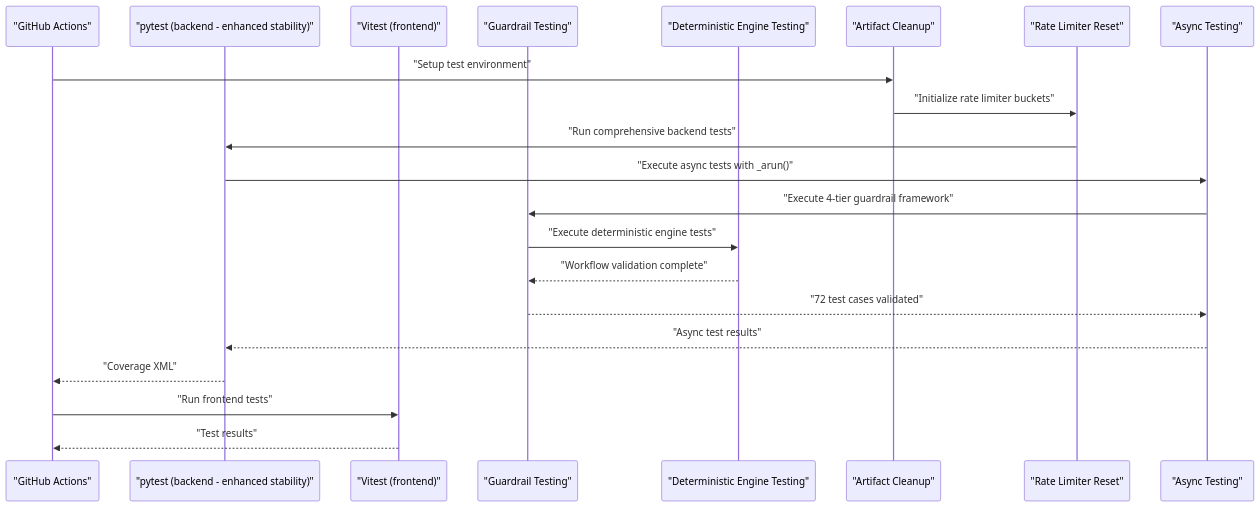
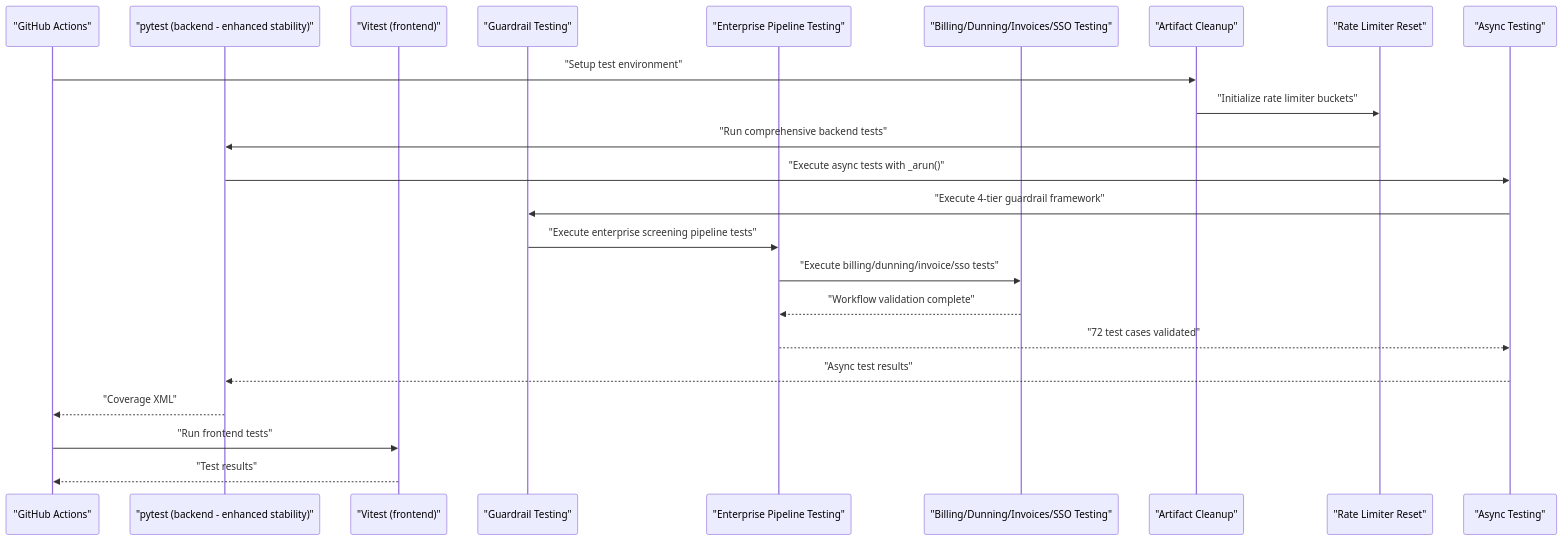
One commit to Revanththetalogics/aireume changed the second of 18 diagrams in .qoder/repowiki/en/content/Testing Strategy.md. Above: the diagram before and after it, drawn with Mermaid. The commit also changed other lines of this file and 14 other files, not shown here.

````diff
--- a/.qoder/repowiki/en/content/Testing Strategy.md
+++ b/.qoder/repowiki/en/content/Testing Strategy.md
@@ -225,23 +264,25 @@
 ```mermaid
 sequenceDiagram
 participant GH as "GitHub Actions"
 participant Py as "pytest (backend - enhanced stability)"
 participant VT as "Vitest (frontend)"
 participant Guardrail as "Guardrail Testing"
-participant Deterministic as "Deterministic Engine Testing"
+participant Enterprise as "Enterprise Pipeline Testing"
+participant Billing as "Billing/Dunning/Invoices/SSO Testing"
 participant Clean as "Artifact Cleanup"
 participant RL as "Rate Limiter Reset"
 participant Async as "Async Testing"
 GH->>Clean : "Setup test environment"
 Clean->>RL : "Initialize rate limiter buckets"
 RL->>Py : "Run comprehensive backend tests"
 Py->>Async : "Execute async tests with _arun()"
 Async->>Guardrail : "Execute 4-tier guardrail framework"
-Guardrail->>Deterministic : "Execute deterministic engine tests"
-Deterministic-->>Guardrail : "Workflow validation complete"
-Guardrail-->>Async : "72 test cases validated"
+Guardrail->>Enterprise : "Execute enterprise screening pipeline tests"
+Enterprise->>Billing : "Execute billing/dunning/invoice/sso tests"
+Billing-->>Enterprise : "Workflow validation complete"
+Enterprise-->>Async : "72 test cases validated"
 Async-->>Py : "Async test results"
 Py-->>GH : "Coverage XML"
 GH->>VT : "Run frontend tests"
 VT-->>GH : "Test results"
 ```
````
